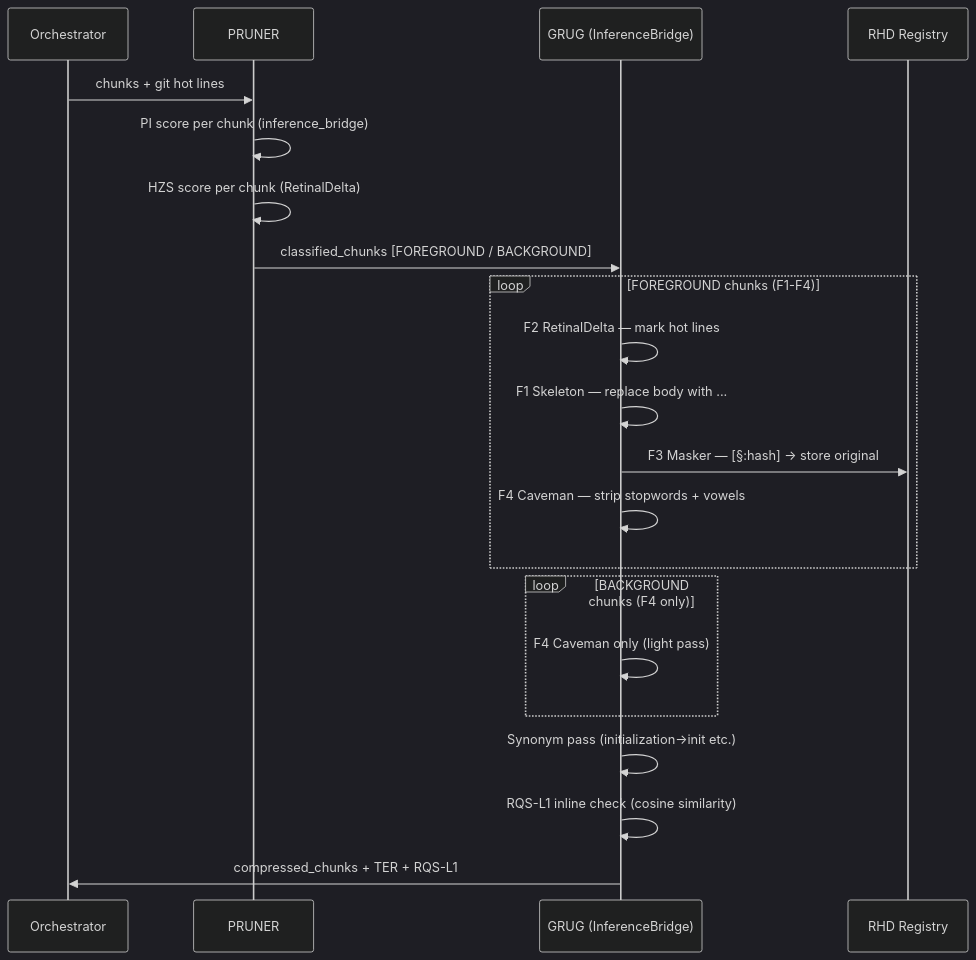
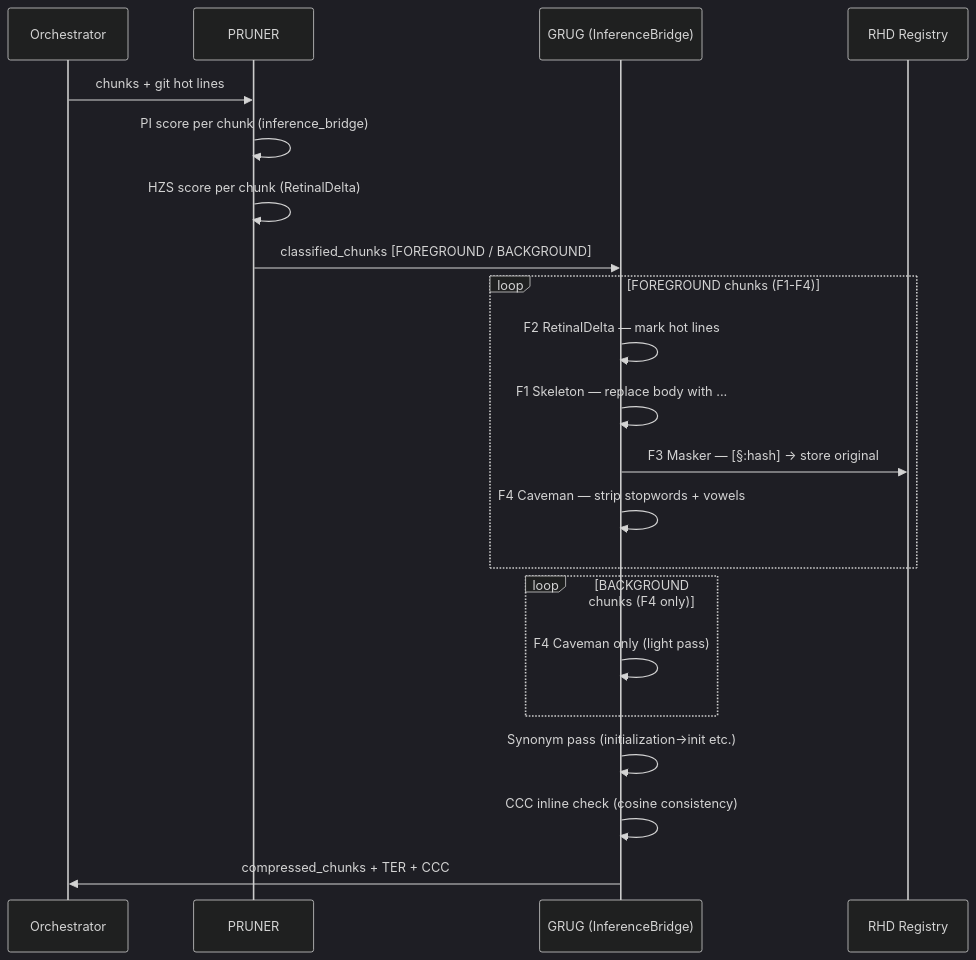
One commit to secSandman/ftw-klock-killer changed the third of 9 diagrams in README.md. Above: the diagram before and after it, drawn with Mermaid (dark theme). The commit also changed other lines of this file and 8 other files, not shown here.

First line of the commit message:
rename RQS-L1 → CCC (Code Consistency Comparison); wire LLM-Judge; add M7 quality roadmap

````diff
--- a/README.md
+++ b/README.md
@@ -115,27 +115,27 @@
 ```mermaid
 sequenceDiagram
     participant O as Orchestrator
     participant PR as PRUNER
     participant GR as GRUG (InferenceBridge)
     participant RHD as RHD Registry
 
     O->>PR: chunks + git hot lines
     PR->>PR: PI score per chunk (inference_bridge)
     PR->>PR: HZS score per chunk (RetinalDelta)
     PR->>GR: classified_chunks [FOREGROUND / BACKGROUND]
 
     loop FOREGROUND chunks (F1-F4)
         GR->>GR: F2 RetinalDelta — mark hot lines
         GR->>GR: F1 Skeleton — replace body with ...
         GR->>RHD: F3 Masker — [§:hash] → store original
         GR->>GR: F4 Caveman — strip stopwords + vowels
     end
 
     loop BACKGROUND chunks (F4 only)
         GR->>GR: F4 Caveman only (light pass)
     end
 
     GR->>GR: Synonym pass (initialization→init etc.)
-    GR->>GR: RQS-L1 inline check (cosine similarity)
-    GR->>O: compressed_chunks + TER + RQS-L1
+    GR->>GR: CCC inline check (cosine consistency)
+    GR->>O: compressed_chunks + TER + CCC
 ```
````
